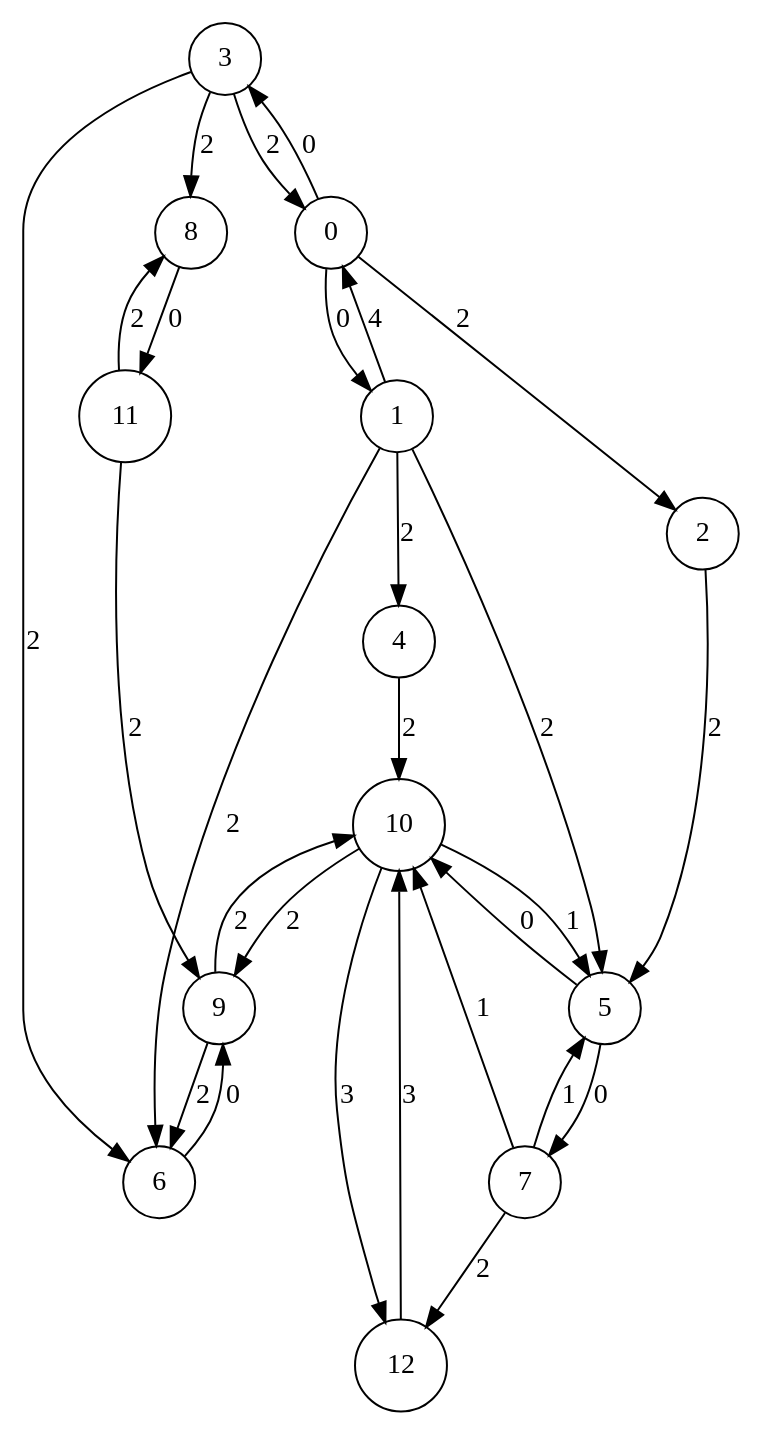
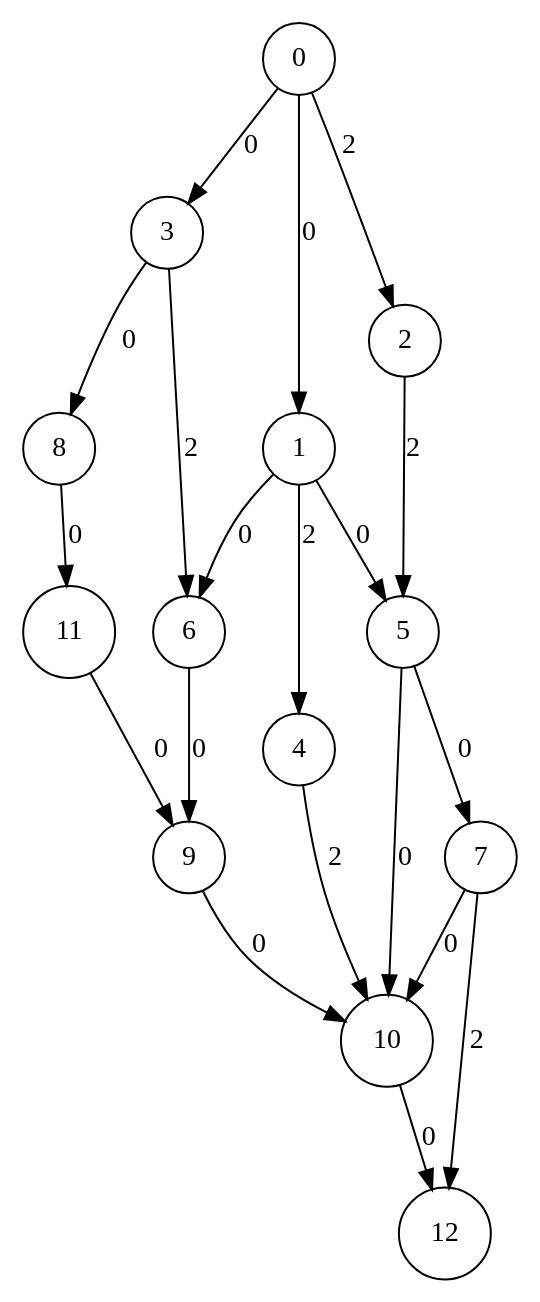
The diagram in result.dot (Anthony97480/ocaml-maxflow-project), drawn with Graphviz before and after one commit. The commit also changed 1 other file, not shown here.

```diff
--- a/result.dot
+++ b/result.dot
@@ -1,30 +1,22 @@
 digraph mongraph {
 node [shape = circle];
-10 -> 9 [label = "2"];
-10 -> 12 [label = "3"];
-10 -> 5 [label = "1"];
-9 -> 10 [label = "2"];
-9 -> 6 [label = "2"];
-11 -> 8 [label = "2"];
-11 -> 9 [label = "2"];
+10 -> 12 [label = "0"];
+9 -> 10 [label = "0"];
+11 -> 9 [label = "0"];
 8 -> 11 [label = "0"];
-3 -> 0 [label = "2"];
-3 -> 8 [label = "2"];
+3 -> 8 [label = "0"];
 3 -> 6 [label = "2"];
 0 -> 3 [label = "0"];
 0 -> 1 [label = "0"];
 0 -> 2 [label = "2"];
-12 -> 10 [label = "3"];
 6 -> 9 [label = "0"];
-1 -> 0 [label = "4"];
-1 -> 5 [label = "2"];
-1 -> 6 [label = "2"];
+1 -> 6 [label = "0"];
+1 -> 5 [label = "0"];
 1 -> 4 [label = "2"];
 5 -> 10 [label = "0"];
 5 -> 7 [label = "0"];
-7 -> 5 [label = "1"];
-7 -> 10 [label = "1"];
+7 -> 10 [label = "0"];
 7 -> 12 [label = "2"];
 2 -> 5 [label = "2"];
 4 -> 10 [label = "2"];
 }
```
